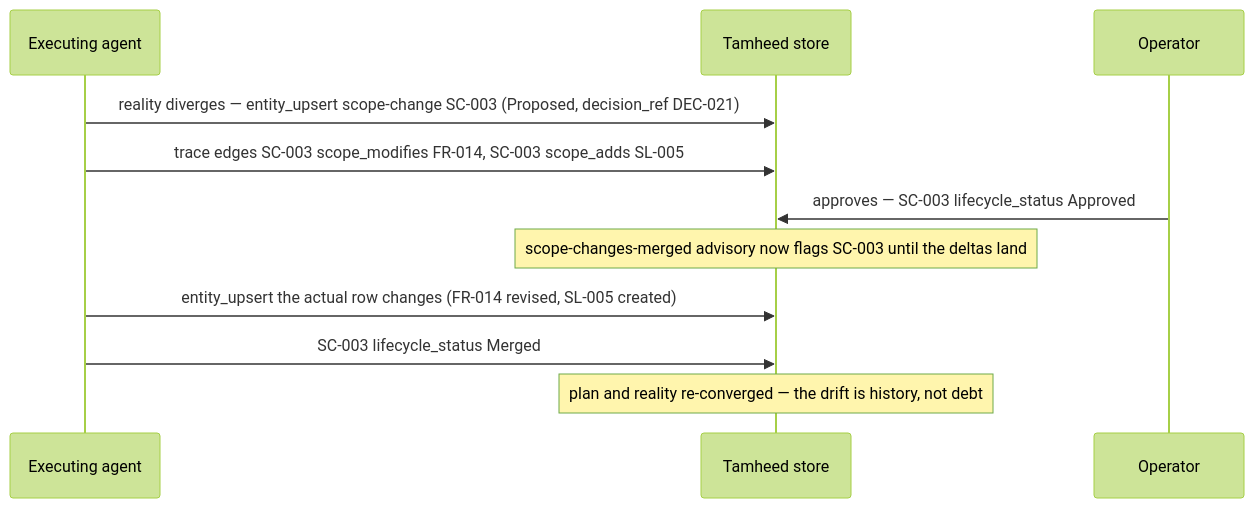
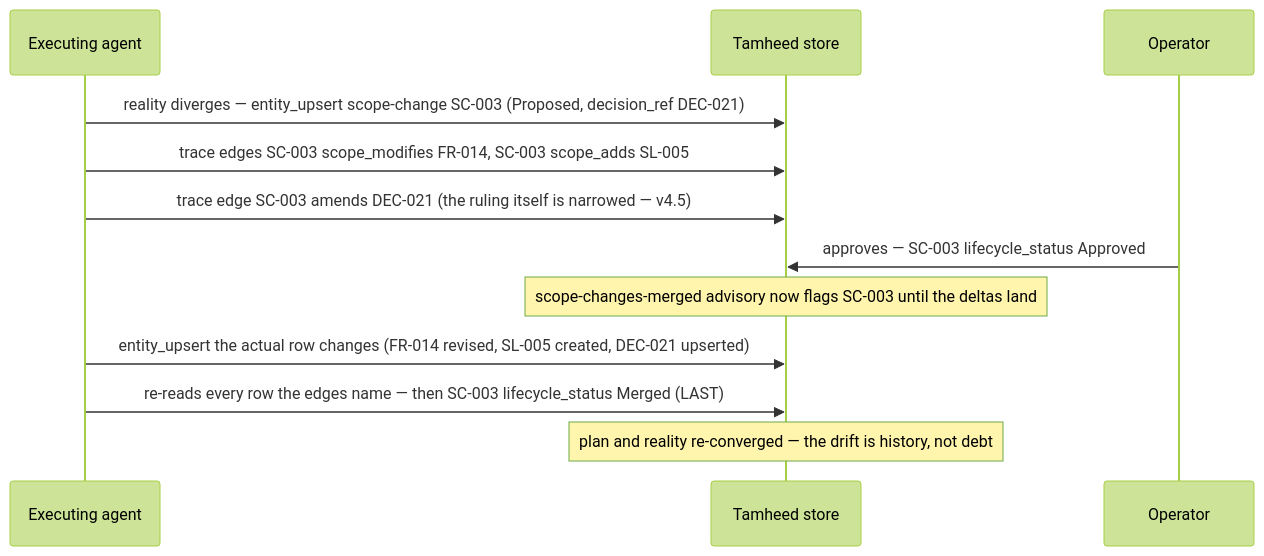
One commit to A-H-911/tamheed changed the sixth of 7 diagrams in docs/entities.md. Above: the diagram before and after it, drawn with Mermaid (forest theme). The commit also changed other lines of this file and 68 other files, not shown here.

````diff
--- a/docs/entities.md
+++ b/docs/entities.md
@@ -915,13 +925,14 @@
 ```mermaid
 sequenceDiagram
     participant Agent as Executing agent
     participant Store as Tamheed store
     participant Op as Operator
     Agent->>Store: reality diverges — entity_upsert scope-change SC-003 (Proposed, decision_ref DEC-021)
     Agent->>Store: trace edges SC-003 scope_modifies FR-014, SC-003 scope_adds SL-005
+    Agent->>Store: trace edge SC-003 amends DEC-021 (the ruling itself is narrowed — v4.5)
     Op->>Store: approves — SC-003 lifecycle_status Approved
     Note over Store: scope-changes-merged advisory now flags SC-003 until the deltas land
-    Agent->>Store: entity_upsert the actual row changes (FR-014 revised, SL-005 created)
-    Agent->>Store: SC-003 lifecycle_status Merged
+    Agent->>Store: entity_upsert the actual row changes (FR-014 revised, SL-005 created, DEC-021 upserted)
+    Agent->>Store: re-reads every row the edges name — then SC-003 lifecycle_status Merged (LAST)
     Note over Store: plan and reality re-converged — the drift is history, not debt
 ```
````
